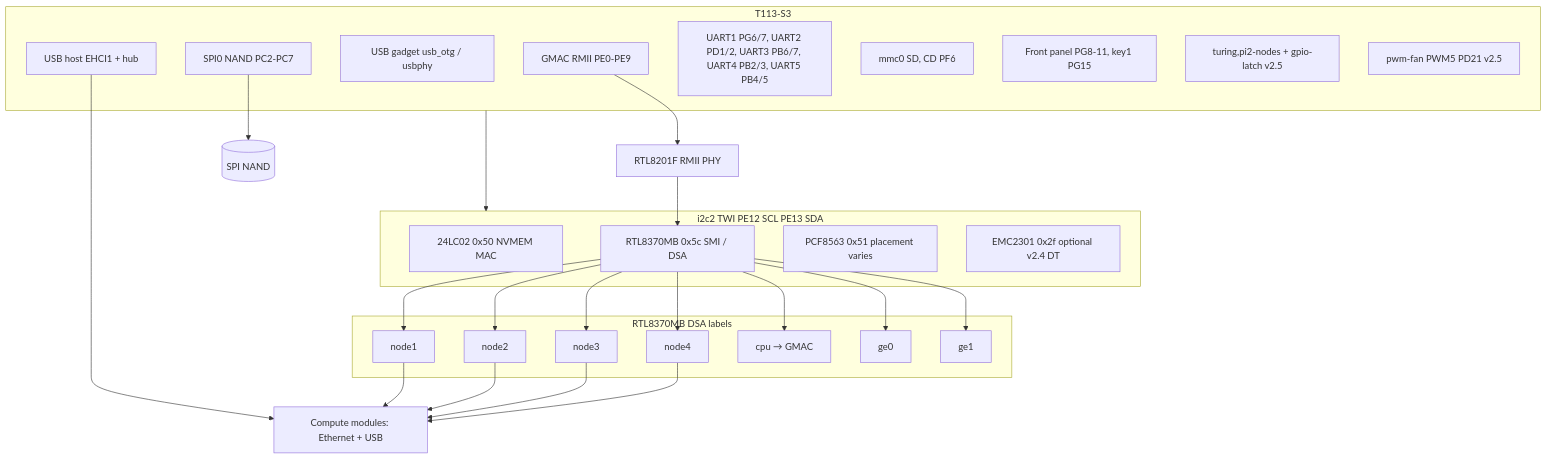
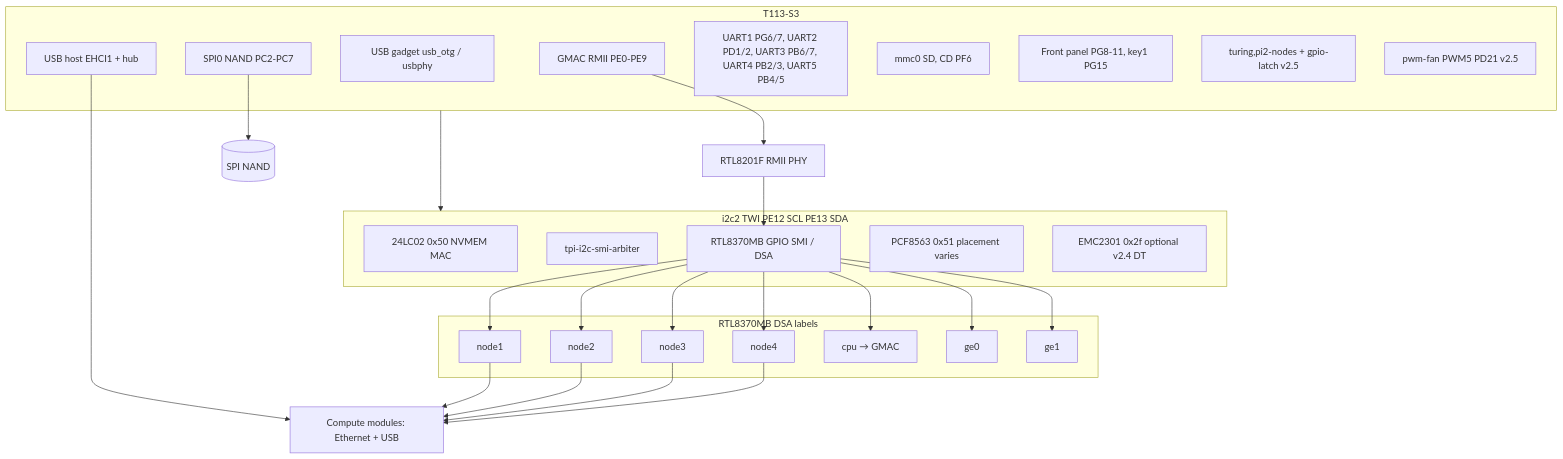
The diagram in README.md (danste22/Turing-pi-BMC-Firmware), drawn with Mermaid before and after one commit. The commit also changed other lines of this file and 23 other files, not shown here.

````diff
--- a/README.md
+++ b/README.md
@@ -370,48 +370,49 @@
 ```mermaid
 flowchart TB
   subgraph soc[T113-S3]
     GMAC["GMAC RMII PE0-PE9"]
     SPI0["SPI0 NAND PC2-PC7"]
     OTG["USB gadget usb_otg / usbphy"]
     EHCI["USB host EHCI1 + hub"]
     UART["UART1 PG6/7, UART2 PD1/2, UART3 PB6/7, UART4 PB2/3, UART5 PB4/5"]
     MMC["mmc0 SD, CD PF6"]
     FP["Front panel PG8-11, key1 PG15"]
     NGPIO["turing,pi2-nodes + gpio-latch v2.5"]
     PWM["pwm-fan PWM5 PD21 v2.5"]
   end
   subgraph i2c[i2c2 TWI PE12 SCL PE13 SDA]
     EEP["24LC02 0x50 NVMEM MAC"]
-    RTL["RTL8370MB 0x5c SMI / DSA"]
+    ARB["tpi-i2c-smi-arbiter"]
+    RTL["RTL8370MB GPIO SMI / DSA"]
     RTC["PCF8563 0x51 placement varies"]
     EMC["EMC2301 0x2f optional v2.4 DT"]
   end
   PHY["RTL8201F RMII PHY"]
   subgraph ports[RTL8370MB DSA labels]
     P1["node1"]
     P2["node2"]
     P3["node3"]
     P4["node4"]
     PC["cpu → GMAC"]
     G0["ge0"]
     G1["ge1"]
   end
   NAND[("SPI NAND")]
   MOD["Compute modules: Ethernet + USB"]
   GMAC --> PHY
   PHY --> RTL
   soc --> i2c
   SPI0 --> NAND
   EHCI --> MOD
   RTL --> P1
   RTL --> P2
   RTL --> P3
   RTL --> P4
   RTL --> PC
   RTL --> G0
   RTL --> G1
   P1 --> MOD
   P2 --> MOD
   P3 --> MOD
   P4 --> MOD
 ```
````
